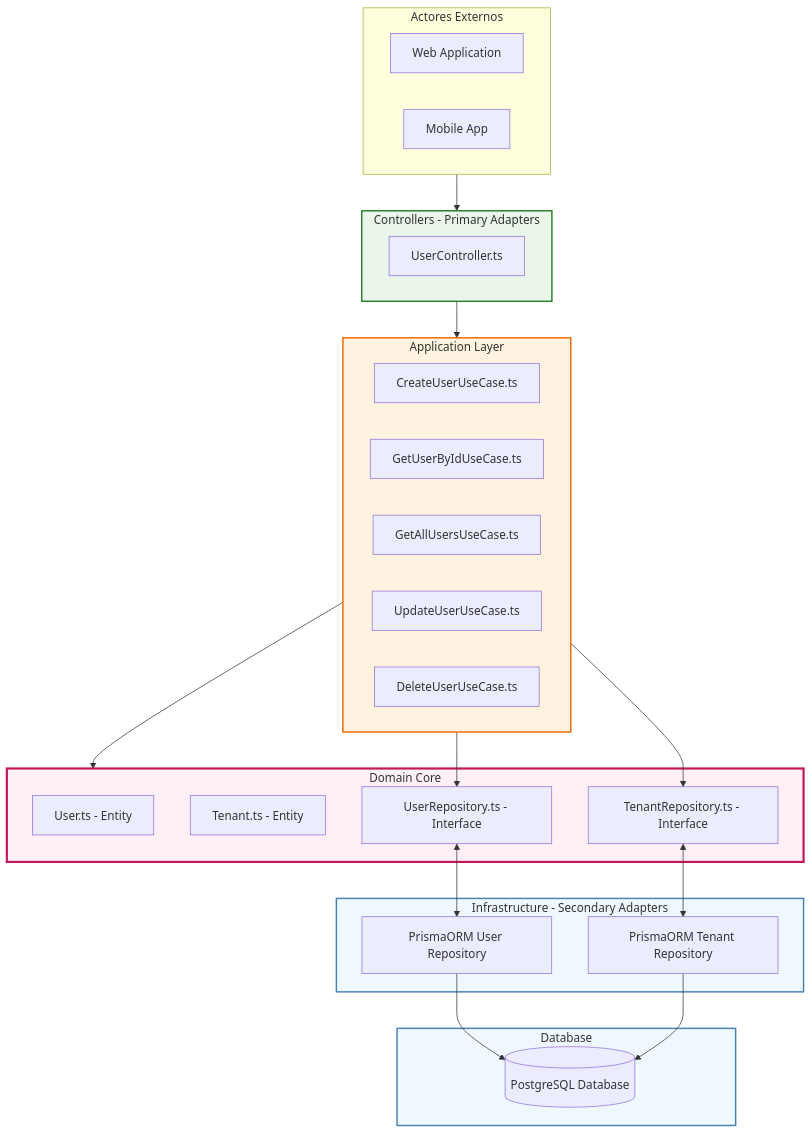
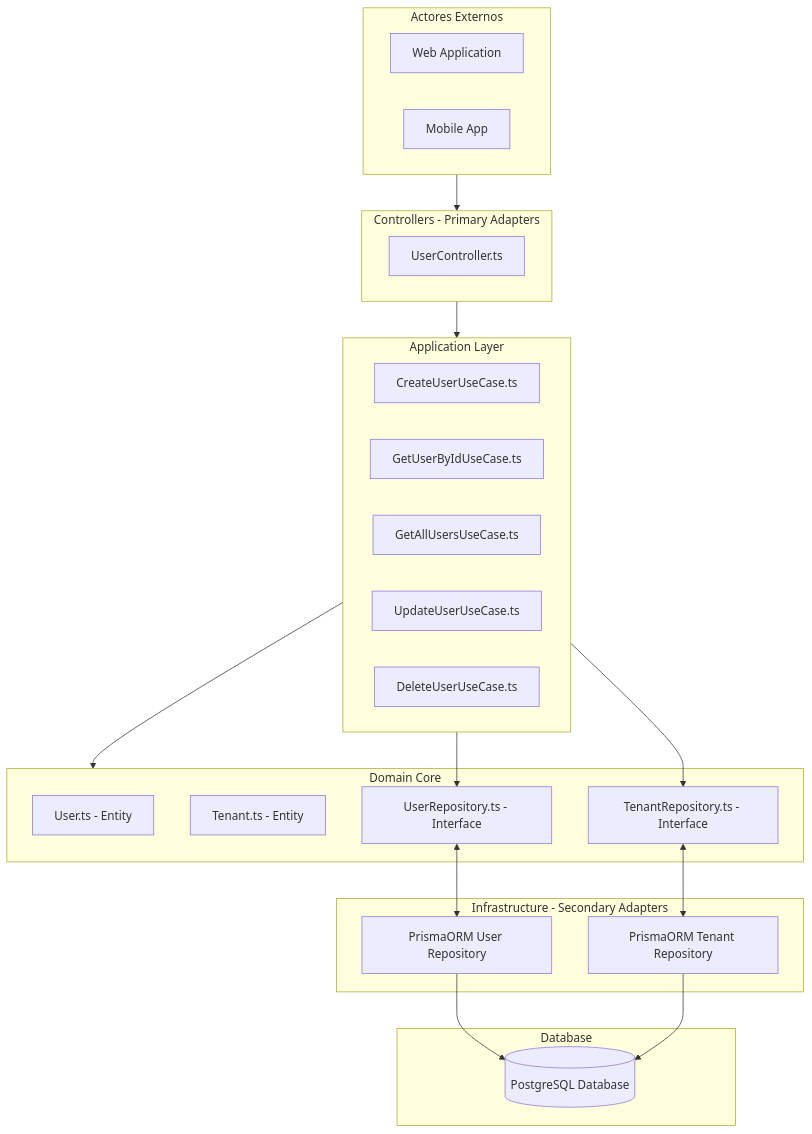
One commit to CristobalSg/TADS_II_G2 changed the diagram in ejercicios/semana2/ejemplos/diagrams/hexagonal_smartparking_user.md. Above: the diagram before and after it, drawn with Mermaid.

Commit message:
Remove style definitions from hexagonal diagram

````diff
--- a/ejercicios/semana2/ejemplos/diagrams/hexagonal_smartparking_user.md
+++ b/ejercicios/semana2/ejemplos/diagrams/hexagonal_smartparking_user.md
@@ -5,66 +5,62 @@
 ```mermaid
 flowchart TB
   %% External Actors
   subgraph EXTERNAL[Actores Externos]
     WebApp[Web Application]
     MobileApp[Mobile App]
   end
 
   %% Controllers - Primary Adapters
   subgraph CONTROLLERS[Controllers - Primary Adapters]
     UserController[UserController.ts]
   end
 
   %% Application Layer - Use Cases
   subgraph APPLICATION[Application Layer]
     CreateUserUC[CreateUserUseCase.ts]
     GetUserByIdUC[GetUserByIdUseCase.ts] 
     GetAllUsersUC[GetAllUsersUseCase.ts]
     UpdateUserUC[UpdateUserUseCase.ts]
     DeleteUserUC[DeleteUserUseCase.ts]
   end
 
   %% Domain Core
   subgraph DOMAIN[Domain Core]
     UserEntity[User.ts - Entity]
     TenantEntity[Tenant.ts - Entity]
     
     UserRepositoryInterface[UserRepository.ts - Interface]
     TenantRepositoryInterface[TenantRepository.ts - Interface]
   end
 
   %% Infrastructure - Secondary Adapters
   subgraph INFRASTRUCTURE[Infrastructure - Secondary Adapters]
     PrismaORMUserRepo[PrismaORM User Repository]
     PrismaORMTenantRepo[PrismaORM Tenant Repository]
   end
 
   %% Database
   subgraph DATABASE[Database]
     PostgresDB[(PostgreSQL Database)]
   end
 
   %% Connections
   EXTERNAL --> CONTROLLERS
   CONTROLLERS --> APPLICATION
   APPLICATION --> DOMAIN
   APPLICATION --> UserRepositoryInterface
   APPLICATION --> TenantRepositoryInterface
   
   UserRepositoryInterface <--> PrismaORMUserRepo
   TenantRepositoryInterface <--> PrismaORMTenantRepo
   
   PrismaORMUserRepo --> PostgresDB
   PrismaORMTenantRepo --> PostgresDB
 
   %% Styles
-  classDef controllers fill:#e8f5e8,stroke:#2e7d2e,stroke-width:2px
-  classDef application fill:#fff3e0,stroke:#ef6c00,stroke-width:2px  
-  classDef domain fill:#fff0f5,stroke:#c2185b,stroke-width:3px
-  classDef infrastructure fill:#f0f8ff,stroke:#4682b4,stroke-width:2px
   
   class CONTROLLERS controllers
   class APPLICATION application
   class DOMAIN domain
   class INFRASTRUCTURE,DATABASE infrastructure
 ```
````
